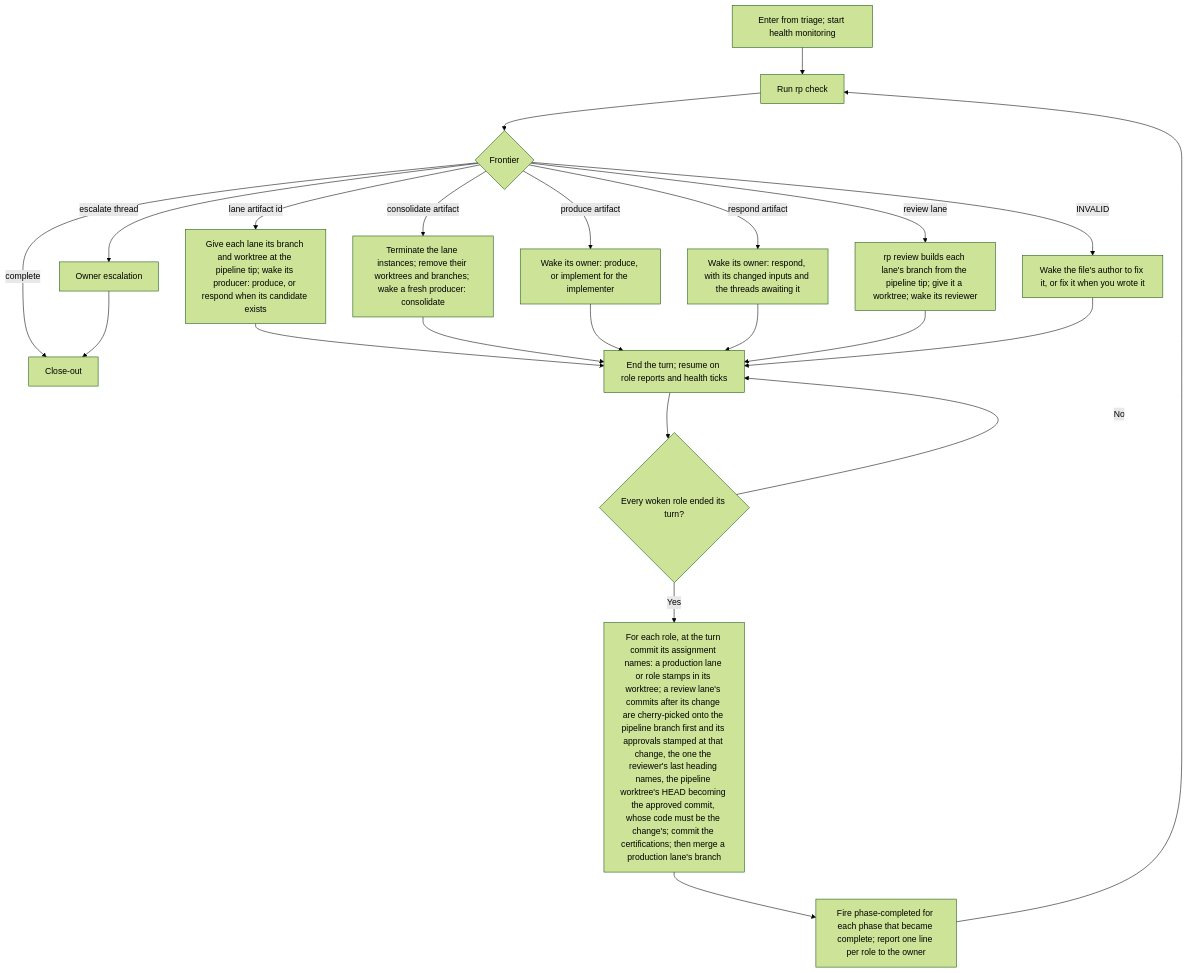
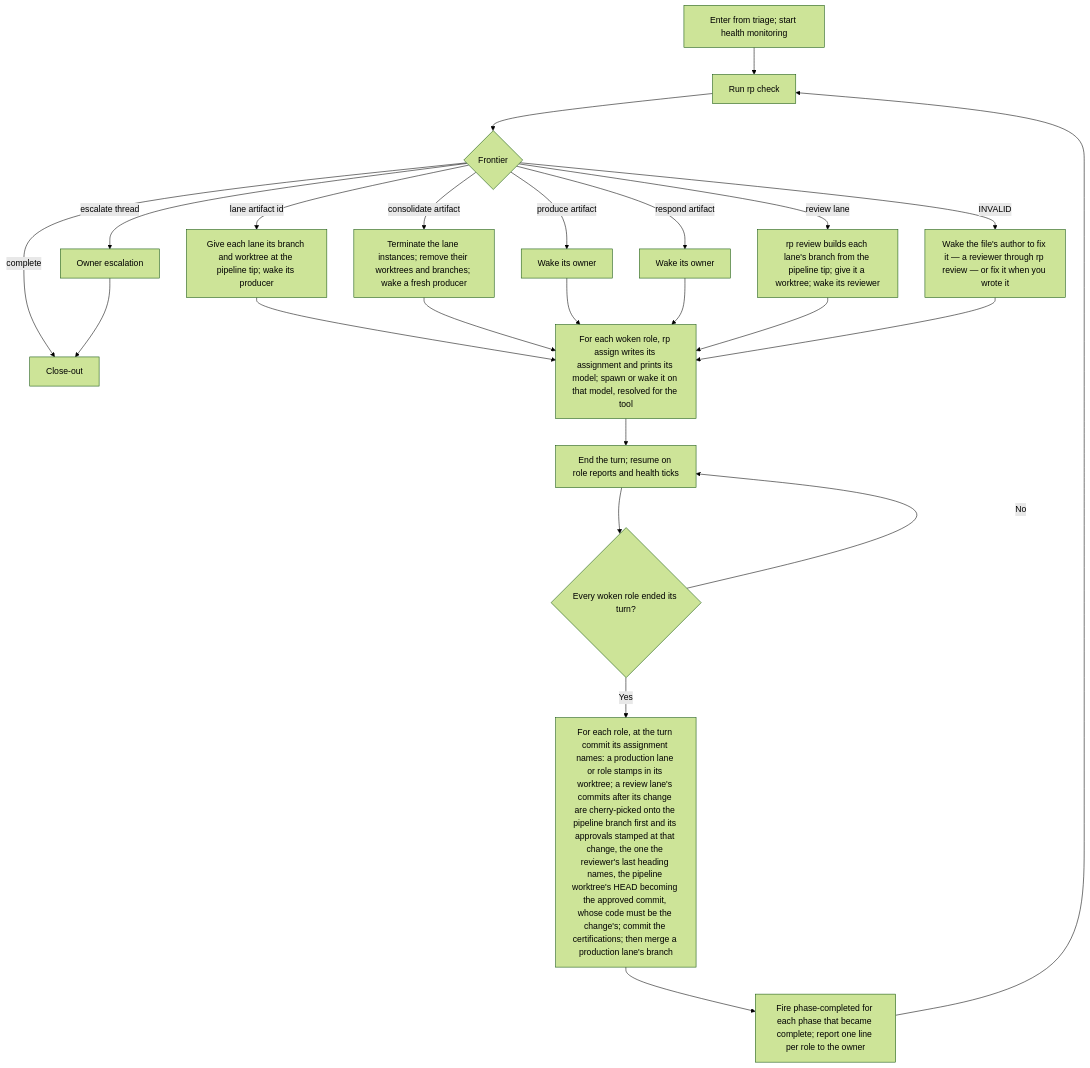
One commit to Automattic/radical-pipelines changed the diagram in docs/flowcharts/loop.md. Above: the diagram before and after it, drawn with Mermaid (forest theme). The commit also changed 7 other files, not shown here.

Commit message:
Document conventions as data and rp assign (implementer)

````diff
--- a/docs/flowcharts/loop.md
+++ b/docs/flowcharts/loop.md
@@ -5,25 +5,26 @@
 ```mermaid
 flowchart TD
     START["Enter from triage; start health monitoring"] --> A["Run rp check"]
     A --> C{"Frontier"}
-    C -->|INVALID| AUTHOR["Wake the file's author to fix it, or fix it when you wrote it"]
+    C -->|INVALID| AUTHOR["Wake the file's author to fix it — a reviewer through rp review — or fix it when you wrote it"]
     C -->|escalate thread| OE["Owner escalation"]
-    C -->|lane artifact id| LANE["Give each lane its branch and worktree at the pipeline tip; wake its producer: produce, or respond when its candidate exists"]
-    C -->|consolidate artifact| CON["Terminate the lane instances; remove their worktrees and branches; wake a fresh producer: consolidate"]
-    C -->|produce artifact| PRODUCE["Wake its owner: produce, or implement for the implementer"]
-    C -->|respond artifact| RESPOND["Wake its owner: respond, with its changed inputs and the threads awaiting it"]
+    C -->|lane artifact id| LANE["Give each lane its branch and worktree at the pipeline tip; wake its producer"]
+    C -->|consolidate artifact| CON["Terminate the lane instances; remove their worktrees and branches; wake a fresh producer"]
+    C -->|produce artifact| PRODUCE["Wake its owner"]
+    C -->|respond artifact| RESPOND["Wake its owner"]
     C -->|review lane| REVIEW["rp review builds each lane's branch from the pipeline tip; give it a worktree; wake its reviewer"]
     C -->|complete| CLOSE["Close-out"]
     OE --> CLOSE
-    LANE --> WAIT
-    CON --> WAIT
-    PRODUCE --> WAIT
-    RESPOND --> WAIT
-    REVIEW --> WAIT
-    AUTHOR --> WAIT
+    LANE --> ASSIGN
+    CON --> ASSIGN
+    PRODUCE --> ASSIGN
+    RESPOND --> ASSIGN
+    REVIEW --> ASSIGN
+    AUTHOR --> ASSIGN
+    ASSIGN["For each woken role, rp assign writes its assignment and prints its model; spawn or wake it on that model, resolved for the tool"] --> WAIT
     WAIT["End the turn; resume on role reports and health ticks"] --> ENDED{"Every woken role ended its turn?"}
     ENDED -->|No| WAIT
     ENDED -->|Yes| LAND["For each role, at the turn commit its assignment names: a production lane or role stamps in its worktree; a review lane's commits after its change are cherry-picked onto the pipeline branch first and its approvals stamped at that change, the one the reviewer's last heading names, the pipeline worktree's HEAD becoming the approved commit, whose code must be the change's; commit the certifications; then merge a production lane's branch"]
     LAND --> PC["Fire phase-completed for each phase that became complete; report one line per role to the owner"]
     PC --> A
 ```
````
